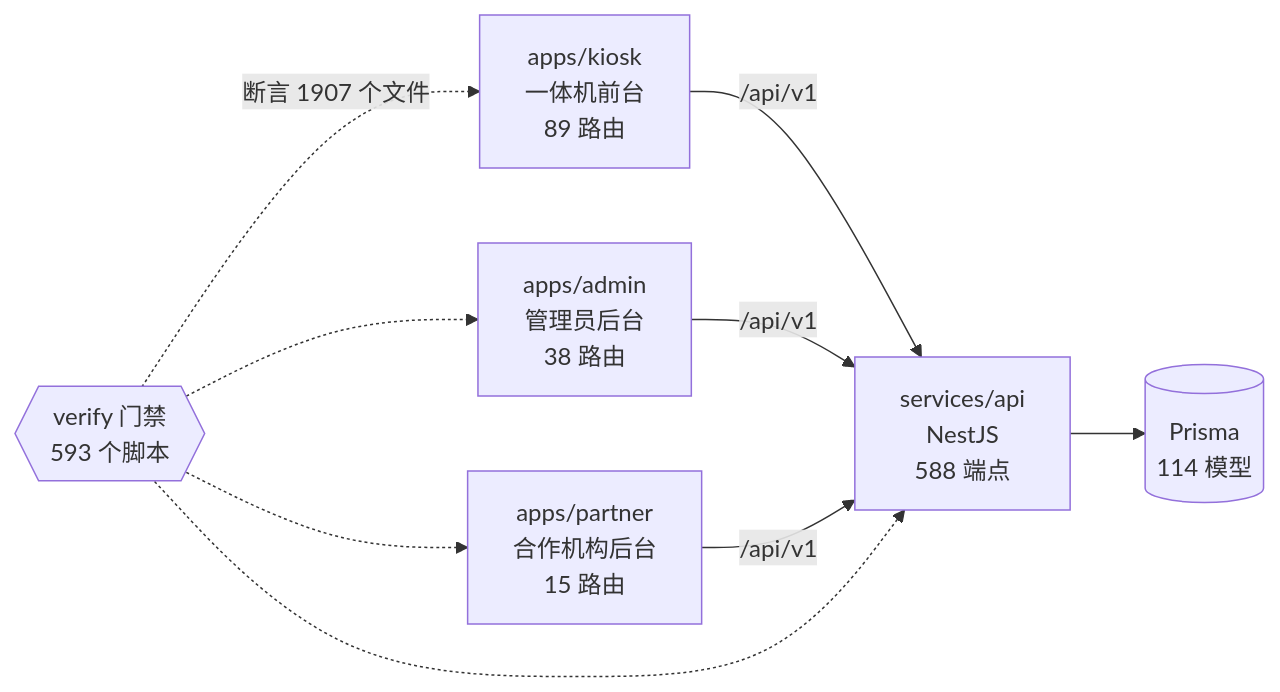
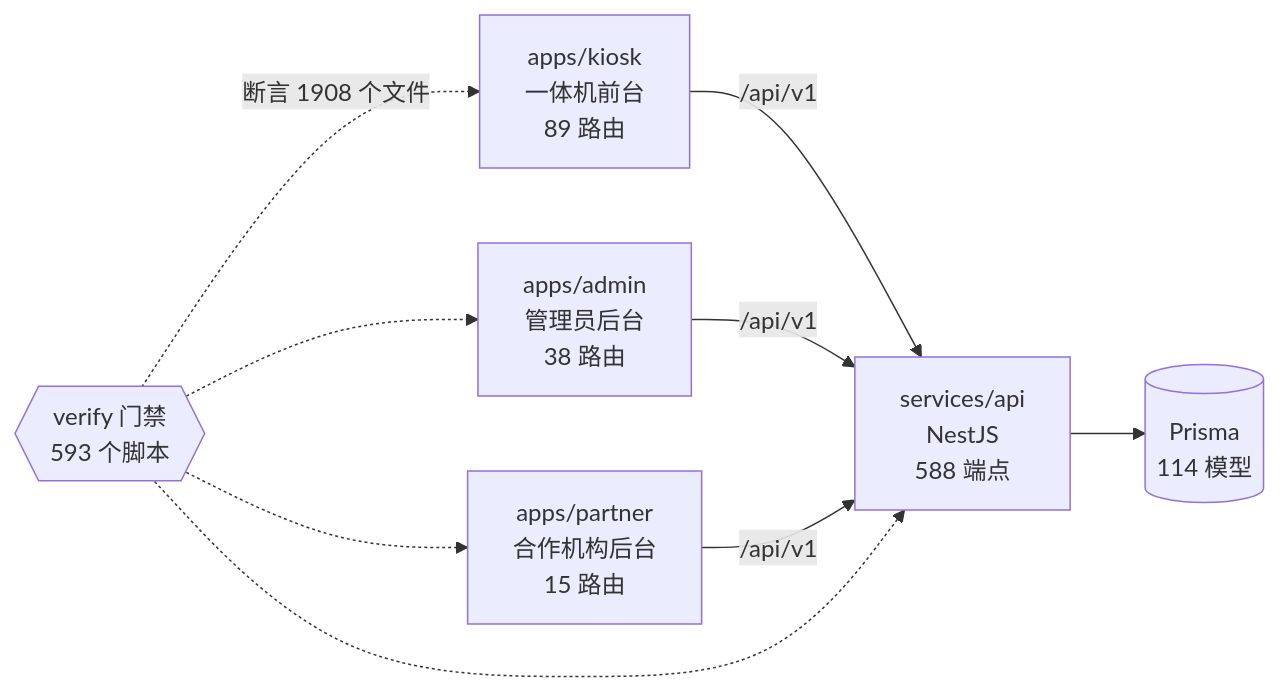
One commit to wanglei581/YITIJI changed the diagram in docs/graph/README.md. Above: the diagram before and after it, drawn with Mermaid. The commit also changed other lines of this file and 12 other files, not shown here.

````diff
--- a/docs/graph/README.md
+++ b/docs/graph/README.md
@@ -68,18 +68,18 @@
 ```mermaid
 flowchart LR
   kiosk["apps/kiosk<br/>一体机前台<br/>89 路由"]
   admin["apps/admin<br/>管理员后台<br/>38 路由"]
   partner["apps/partner<br/>合作机构后台<br/>15 路由"]
   api["services/api<br/>NestJS<br/>588 端点"]
   db[("Prisma<br/>114 模型")]
   gates{{"verify 门禁<br/>593 个脚本"}}
 
   kiosk -->|"/api/v1"| api
   admin -->|"/api/v1"| api
   partner -->|"/api/v1"| api
   api --> db
-  gates -.->|"断言 1907 个文件"| kiosk
+  gates -.->|"断言 1908 个文件"| kiosk
   gates -.-> admin
   gates -.-> partner
   gates -.-> api
 ```
````
